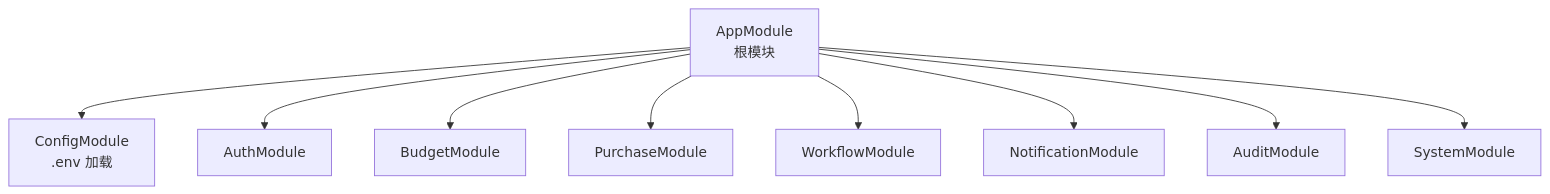
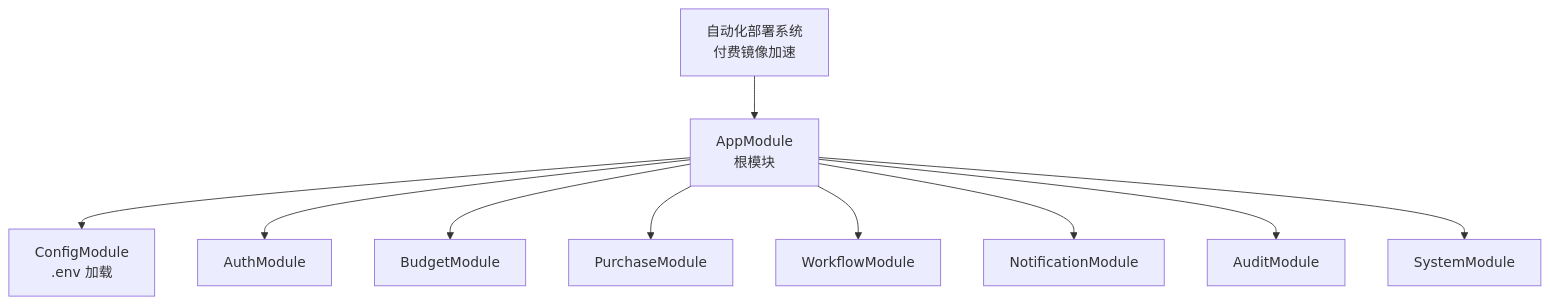
One commit to LouisFantansy/Budget_Mgt_Enterprise changed the second of 15 diagrams in .qoder/repowiki/zh/content/部署运维.md. Above: the diagram before and after it, drawn with Mermaid. The commit also changed other lines of this file and 10 other files, not shown here.

````diff
--- a/.qoder/repowiki/zh/content/部署运维.md
+++ b/.qoder/repowiki/zh/content/部署运维.md
@@ -85,20 +115,22 @@
 ```mermaid
 graph TB
 CM["ConfigModule<br/>.env 加载"]
 AM["AppModule<br/>根模块"]
 M_AUTH["AuthModule"]
 M_BUDGET["BudgetModule"]
 M_PUR["PurchaseModule"]
 M_WORK["WorkflowModule"]
 M_NOTI["NotificationModule"]
 M_AUDIT["AuditModule"]
 M_SYS["SystemModule"]
 AM --> CM
 AM --> M_AUTH
 AM --> M_BUDGET
 AM --> M_PUR
 AM --> M_WORK
 AM --> M_NOTI
 AM --> M_AUDIT
 AM --> M_SYS
+AUTO["自动化部署系统<br/>付费镜像加速"]
+AUTO --> AM
 ```
````
